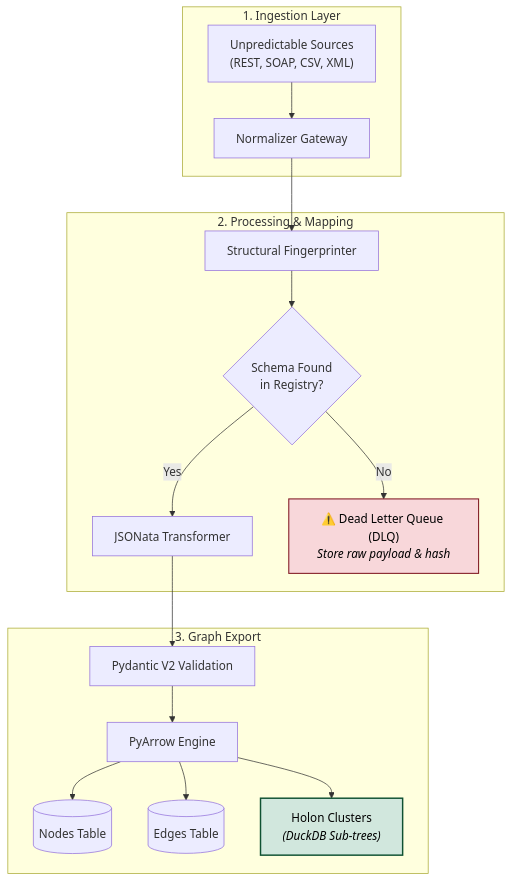
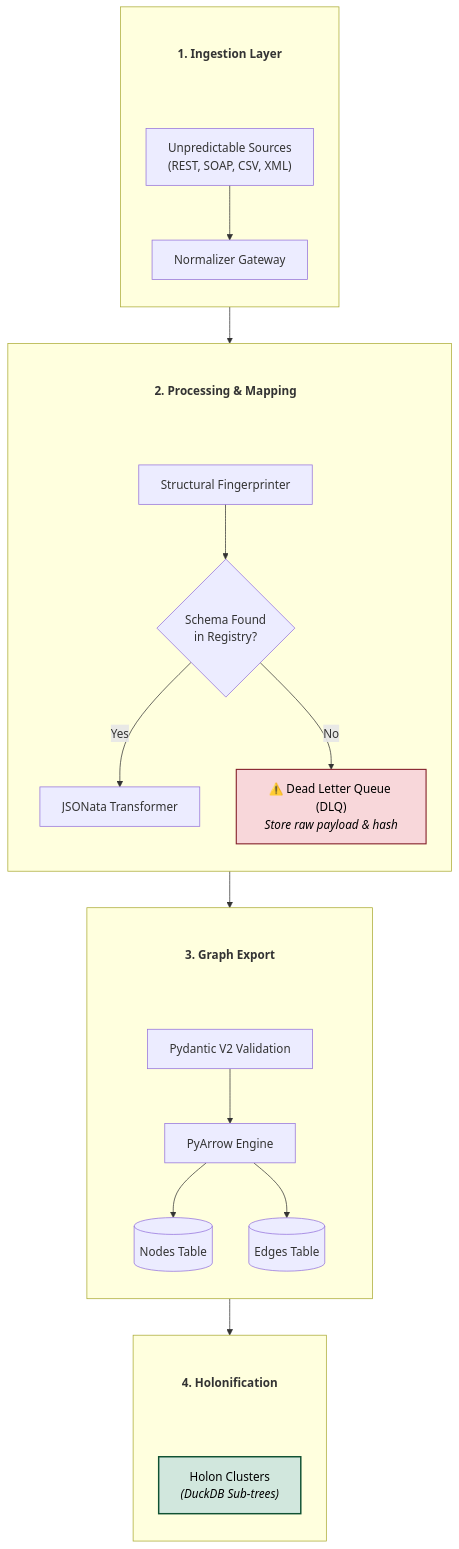
One commit to MinervaCortex/HolonIngest changed the diagram in README.md. Above: the diagram before and after it, drawn with Mermaid. The commit also changed other lines of this file, not shown here.

Commit message:
Refactor README formatting and architecture diagram
Updated README to improve formatting and clarity of architecture section.

````diff
--- a/README.md
+++ b/README.md
@@ -53,28 +53,54 @@
 ```mermaid
 flowchart TD;
-    subgraph Ingestion["1. Ingestion Layer"]
+    subgraph Ingestion[" "]
+        direction TB
+        T1["<b>1. Ingestion Layer</b>"]
         A["Unpredictable Sources<br/>(REST, SOAP, CSV, XML)"] --> B["Normalizer Gateway"]
+        
+        %% Force T1 to be above A
+        T1 ~~~ A
     end
 
-    subgraph CoreEngine["2. Processing & Mapping"]
+    subgraph CoreEngine[" "]
+        direction TB
+        T2["<b>2. Processing & Mapping</b>"]
         B --> C["Structural Fingerprinter"]
         C --> D{"Schema Found<br/>in Registry?"}
         D -- Yes --> E["JSONata Transformer"]
         D -- No --> DLQ["⚠️ Dead Letter Queue (DLQ)<br/><i>Store raw payload & hash</i>"]
+        
+        %% Force T2 to be above C
+        T2 ~~~ C
     end
 
-    subgraph GraphOutput["3. Graph Export"]
+    subgraph GraphOutput[" "]
+        direction TB
+        T3["<b>3. Graph Export</b>"]
         E --> F["Pydantic V2 Validation"]
         F --> G["PyArrow Engine"]
         G --> H1[("Nodes Table")]
         G --> H2[("Edges Table")]
-     end
+        
+        %% Force T3 to be above F
+        T3 ~~~ F
+    end
 
-     subgraph GraphOutput["4. Holonification"]
+    subgraph End[" "]
+        direction TB
+        T4["<b>4. Holonification</b>"]
         G --> H3["Holon Clusters<br/><i>(DuckDB Sub-trees)</i>"]
-     end
-    
+        
+        %% Force T4 to be above H3
+        T4 ~~~ H3
+    end
 
+    %% Hide borders and backgrounds for title nodes
+    style T1 fill:none,stroke:none
+    style T2 fill:none,stroke:none
+    style T3 fill:none,stroke:none
+    style T4 fill:none,stroke:none
+
+    %% Custom node styles
     style DLQ fill:#f8d7da,stroke:#842029,stroke-width:1.5px,color: black
     style H3 fill:#d1e7dd,stroke:#0f5132,stroke-width:2px,color: black
 ```
````
